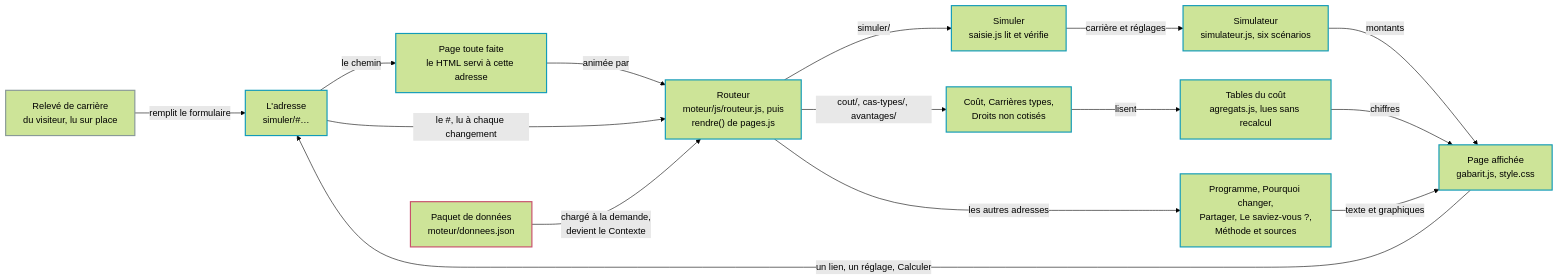
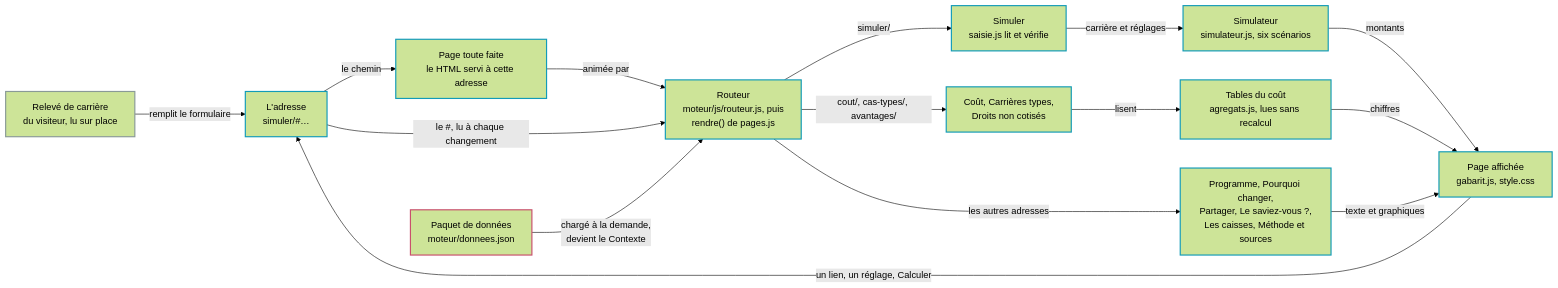
Before and after one commit to g-pliberal/retraitecomptenotionelle: the second of 4 diagrams in docs/carte_du_depot.md, drawn with Mermaid (forest theme). The commit also changed other lines of this file and 37 other files, not shown here.

````diff
--- a/docs/carte_du_depot.md
+++ b/docs/carte_du_depot.md
@@ -94,36 +94,36 @@
 ```mermaid
 flowchart LR
   adresse["L'adresse<br/>simuler/#…"]
   faite["Page toute faite<br/>le HTML servi à cette adresse"]
   releve["Relevé de carrière<br/>du visiteur, lu sur place"]
   paquet["Paquet de données<br/>moteur/donnees.json"]
   routeur["Routeur<br/>moteur/js/routeur.js, puis<br/>rendre() de pages.js"]
   simuler["Simuler<br/>saisie.js lit et vérifie"]
   agregees["Coût, Carrières types,<br/>Droits non cotisés"]
-  texte["Programme, Pourquoi changer,<br/>Partager, Le saviez-vous ?,<br/>Méthode et sources"]
+  texte["Programme, Pourquoi changer,<br/>Partager, Le saviez-vous ?,<br/>Les caisses, Méthode et sources"]
   simulateur["Simulateur<br/>simulateur.js, six scénarios"]
   agregats["Tables du coût<br/>agregats.js, lues sans recalcul"]
   ecran["Page affichée<br/>gabarit.js, style.css"]
 
   adresse -->|"le chemin"| faite
   faite -->|"animée par"| routeur
   adresse -->|"le #, lu à chaque changement"| routeur
   paquet -->|"chargé à la demande,<br/>devient le Contexte"| routeur
   routeur -->|"simuler/"| simuler
   routeur -->|"cout/, cas-types/, avantages/"| agregees
   routeur -->|"les autres adresses"| texte
   simuler -->|"carrière et réglages"| simulateur
   agregees -->|"lisent"| agregats
   simulateur -->|"montants"| ecran
   agregats -->|"chiffres"| ecran
   texte -->|"texte et graphiques"| ecran
   releve -->|"remplit le formulaire"| adresse
   ecran -->|"un lien, un réglage, Calculer"| adresse
 
   classDef z_dehors stroke:#8a9a97,stroke-width:2px
   classDef z_site stroke:#129bb8,stroke-width:2px
   classDef z_atelier stroke:#c9506d,stroke-width:2px
   class releve z_dehors
   class paquet z_atelier
   class adresse,faite,routeur,simuler,agregees,texte,simulateur,agregats,ecran z_site
 ```
````
